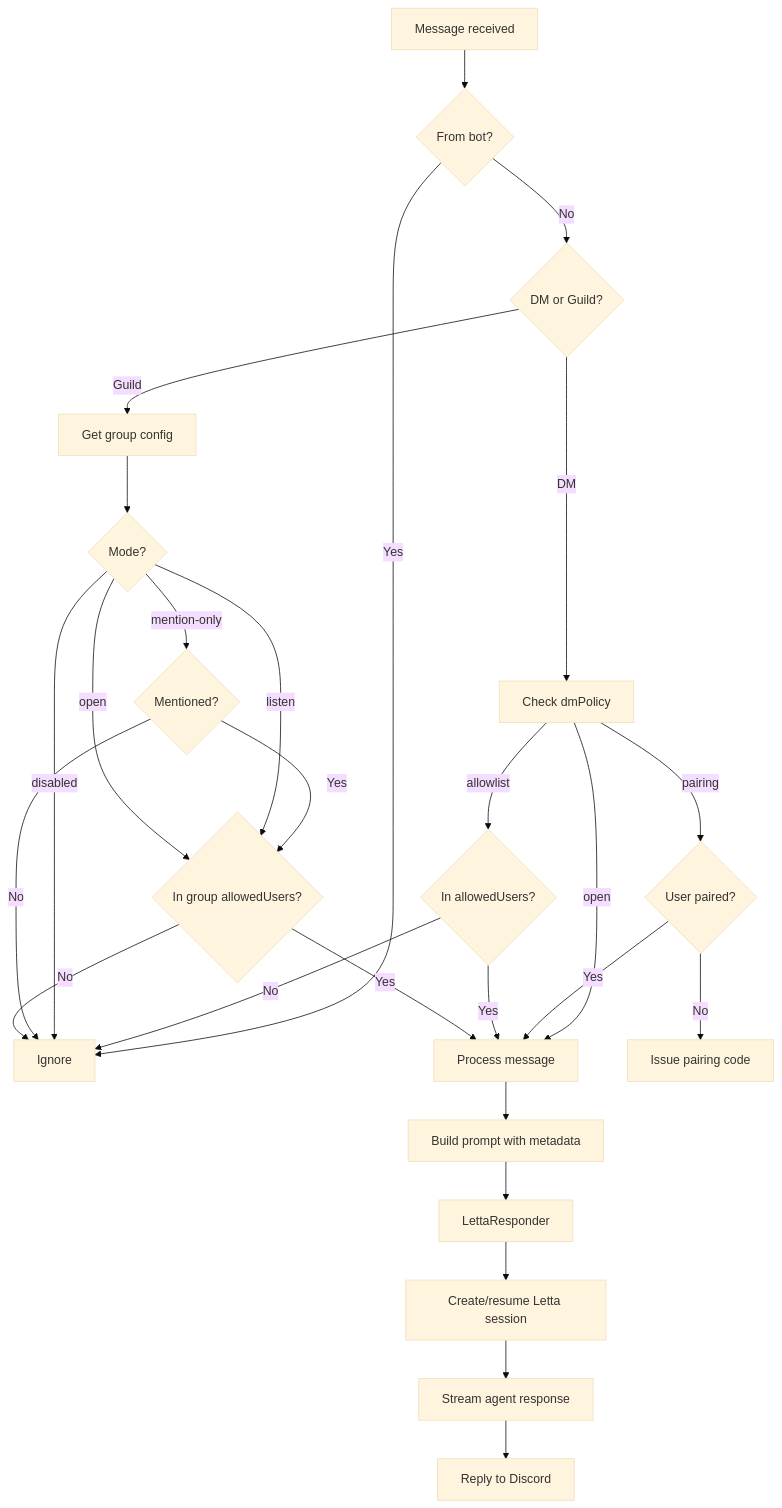
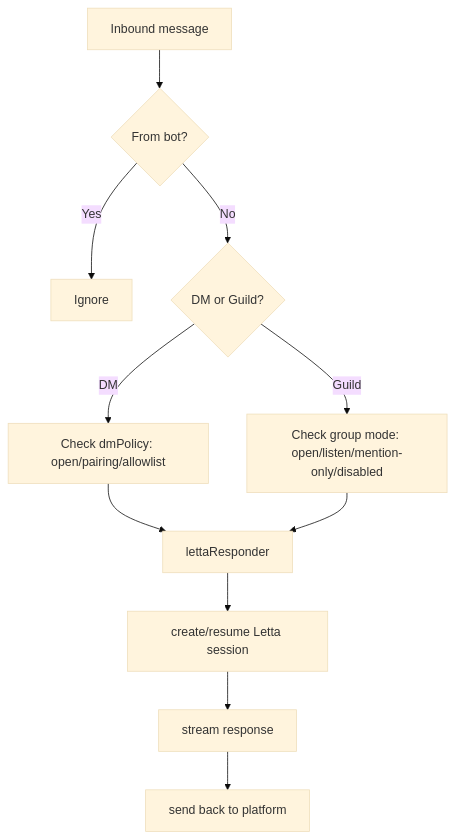
Before and after one commit to vvolt-ai/letta-cowork: the third of 3 diagrams in functional-overview.md, drawn with Mermaid (base theme). The commit also changed other lines of this file and 38 other files, not shown here.

````diff
--- a/functional-overview.md
+++ b/functional-overview.md
@@ -205,35 +276,13 @@
 ```mermaid
 flowchart TD
-    A[Message received] --> B{From bot?}
-    B -->|Yes| Z[Ignore]
-    B -->|No| C{DM or Guild?}
-
-    C -->|DM| D[Check dmPolicy]
-
-    D -->|open| G[Process message]
-    D -->|pairing| E{User paired?}
-    E -->|No| F[Issue pairing code]
-    E -->|Yes| G
-    D -->|allowlist| E2{In allowedUsers?}
-    E2 -->|No| Z
-    E2 -->|Yes| G
-
-    C -->|Guild| H[Get group config]
-    H --> I{Mode?}
-
-    I -->|disabled| Z
-    I -->|mention-only| J{Mentioned?}
-    J -->|No| Z
-    J -->|Yes| K{In group allowedUsers?}
-    I -->|listen| K
-    I -->|open| K
-
-    K -->|No| Z
-    K -->|Yes| G
-
-    G --> L[Build prompt with metadata]
-    L --> M[LettaResponder]
-    M --> N[Create/resume Letta session]
-    N --> O[Stream agent response]
-    O --> P[Reply to Discord]
+    Msg[Inbound message] --> Bot{From bot?}
+    Bot -->|Yes| Ign[Ignore]
+    Bot -->|No| Ctx{DM or Guild?}
+    Ctx -->|DM| DM[Check dmPolicy: open/pairing/allowlist]
+    Ctx -->|Guild| GMode[Check group mode: open/listen/mention-only/disabled]
+    DM --> Resp[lettaResponder]
+    GMode --> Resp
+    Resp --> Session[create/resume Letta session]
+    Session --> Stream[stream response]
+    Stream --> Send[send back to platform]
 ```
````
